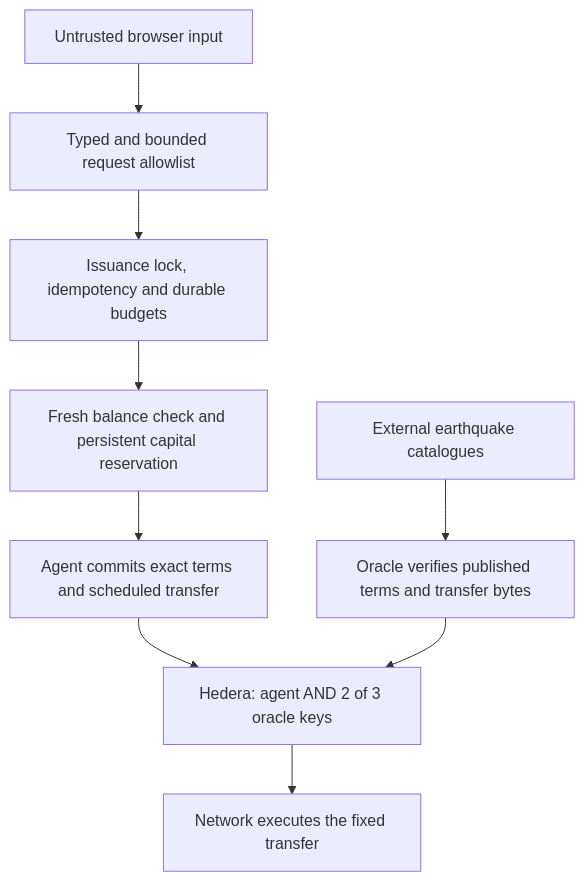
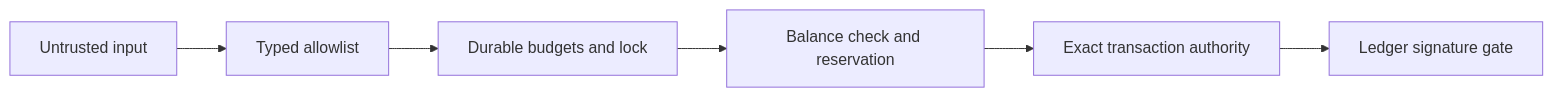
Before and after one commit to jmgomezl/aivy-parametric-pool: the third of 3 diagrams in README.md, drawn with Mermaid. The commit also changed other lines of this file, not shown here.

Commit message:
Make README visual and focused on Hedera and Uniswap judges

````diff
--- a/README.md
+++ b/README.md
@@ -47,11 +122,8 @@
 ```mermaid
-flowchart TD
-  Input[Untrusted browser input] --> Validate[Typed and bounded request allowlist]
-  Validate --> Admission[Issuance lock, idempotency and durable budgets]
-  Admission --> Reserve[Fresh balance check and persistent capital reservation]
-  Reserve --> Commit[Agent commits exact terms and scheduled transfer]
-  Data[External earthquake catalogues] --> Verify[Oracle verifies published terms and transfer bytes]
-  Commit --> Gate[Hedera: agent AND 2 of 3 oracle keys]
-  Verify --> Gate
-  Gate --> Execute[Network executes the fixed transfer]
+flowchart LR
+  Input[Untrusted input] --> Validate[Typed allowlist]
+  Validate --> Budget[Durable budgets and lock]
+  Budget --> Reserve[Balance check and reservation]
+  Reserve --> Sign[Exact transaction authority]
+  Sign --> Gate[Ledger signature gate]
 ```
````
